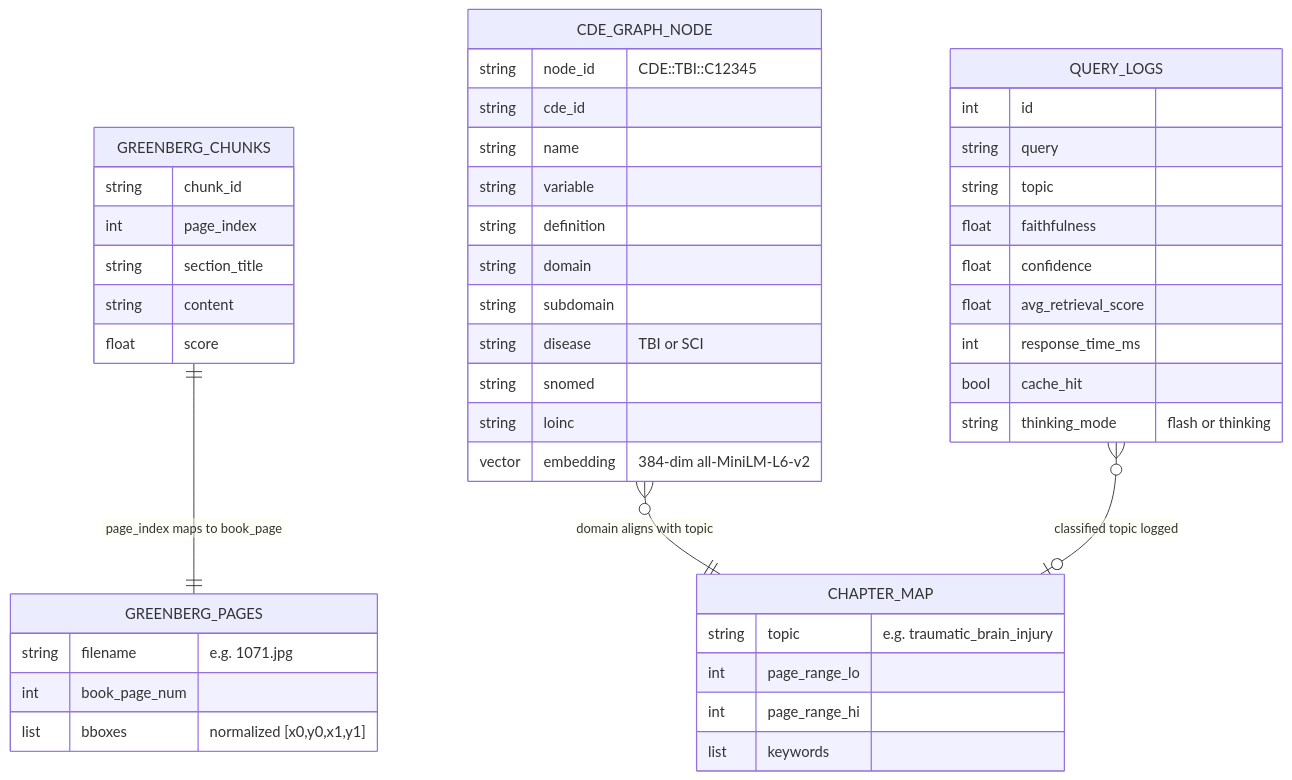
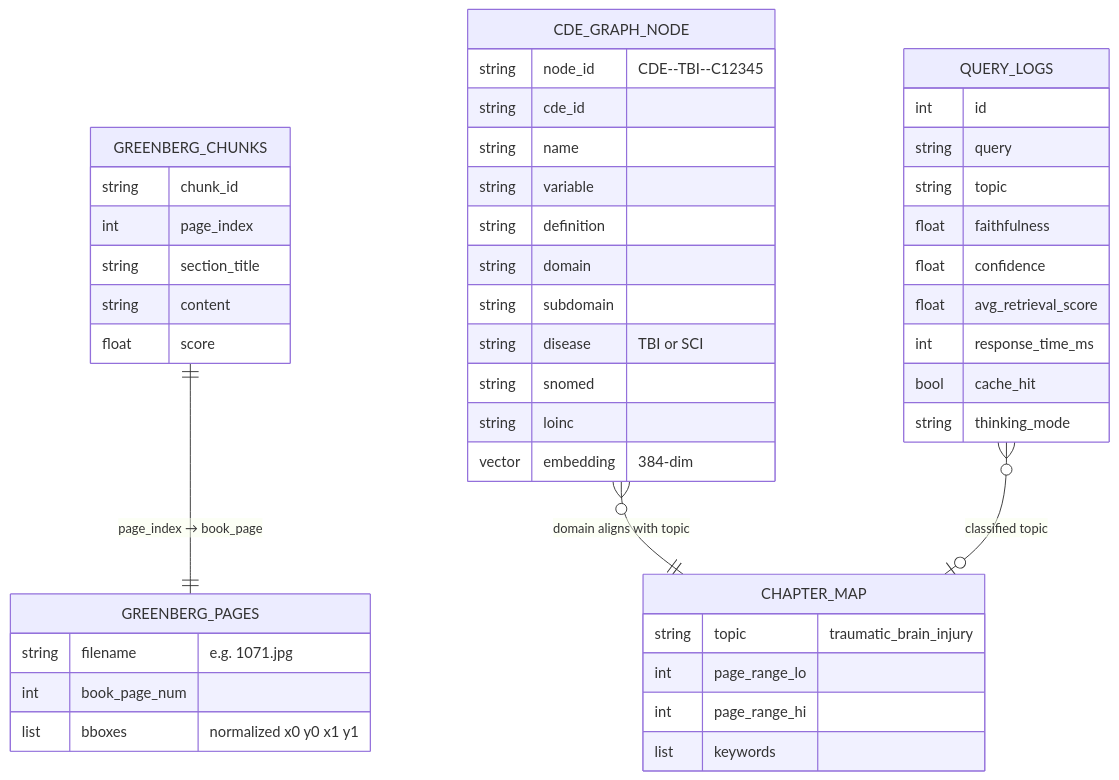
Before and after one commit to born-june04/WiseMind: the eighth of 9 diagrams in ARCHITECTURE.md, drawn with Mermaid. The commit also changed other lines of this file, not shown here.

Commit message:
docs: restructure ARCHITECTURE.md — high/mid/low level diagrams

````diff
--- a/ARCHITECTURE.md
+++ b/ARCHITECTURE.md
@@ -138,49 +318,49 @@
 ```mermaid
 erDiagram
     GREENBERG_CHUNKS {
         string chunk_id
         int page_index
         string section_title
         string content
         float score
     }
     GREENBERG_PAGES {
         string filename "e.g. 1071.jpg"
         int book_page_num
-        list bboxes "normalized [x0,y0,x1,y1]"
+        list bboxes "normalized x0 y0 x1 y1"
     }
     CDE_GRAPH_NODE {
-        string node_id "CDE::TBI::C12345"
+        string node_id "CDE--TBI--C12345"
         string cde_id
         string name
         string variable
         string definition
         string domain
         string subdomain
         string disease "TBI or SCI"
         string snomed
         string loinc
-        vector embedding "384-dim all-MiniLM-L6-v2"
+        vector embedding "384-dim"
     }
     CHAPTER_MAP {
-        string topic "e.g. traumatic_brain_injury"
+        string topic "traumatic_brain_injury"
         int page_range_lo
         int page_range_hi
         list keywords
     }
     QUERY_LOGS {
         int id
         string query
         string topic
         float faithfulness
         float confidence
         float avg_retrieval_score
         int response_time_ms
         bool cache_hit
-        string thinking_mode "flash or thinking"
+        string thinking_mode
     }
 
-    GREENBERG_CHUNKS ||--|| GREENBERG_PAGES : "page_index maps to book_page"
+    GREENBERG_CHUNKS ||--|| GREENBERG_PAGES : "page_index → book_page"
     CDE_GRAPH_NODE }o--|| CHAPTER_MAP : "domain aligns with topic"
-    QUERY_LOGS }o--o| CHAPTER_MAP : "classified topic logged"
+    QUERY_LOGS }o--o| CHAPTER_MAP : "classified topic"
 ```
````
